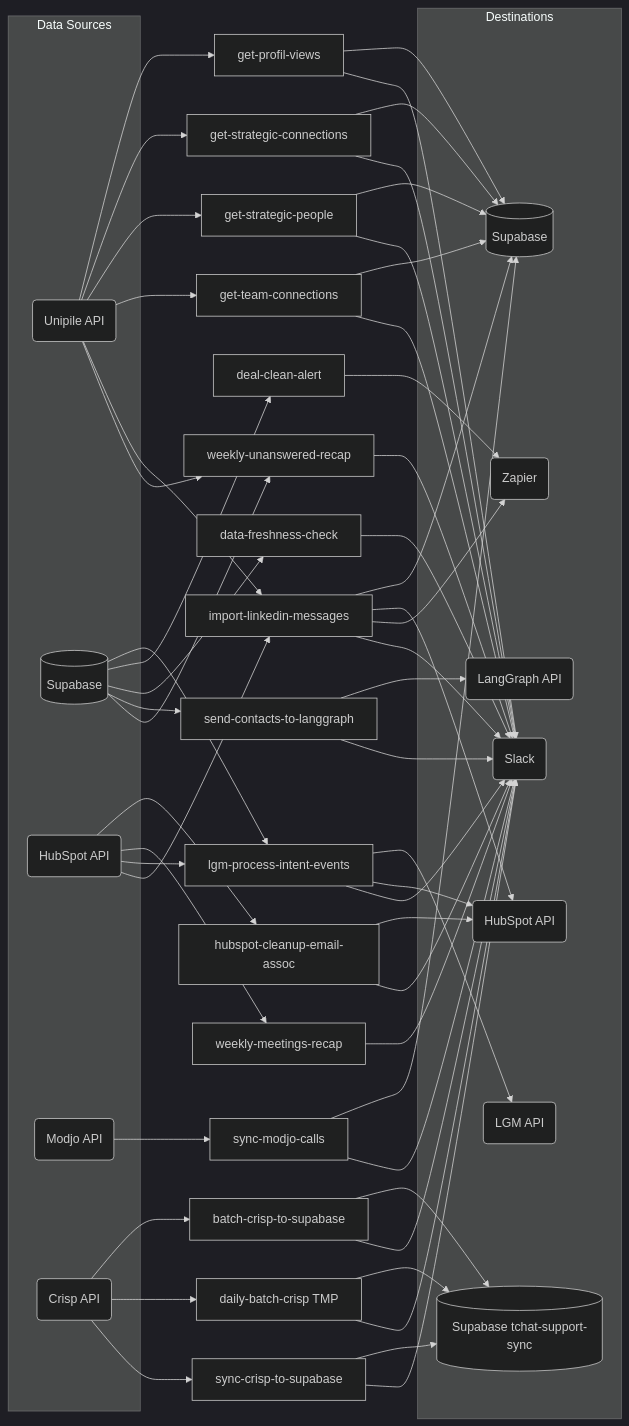
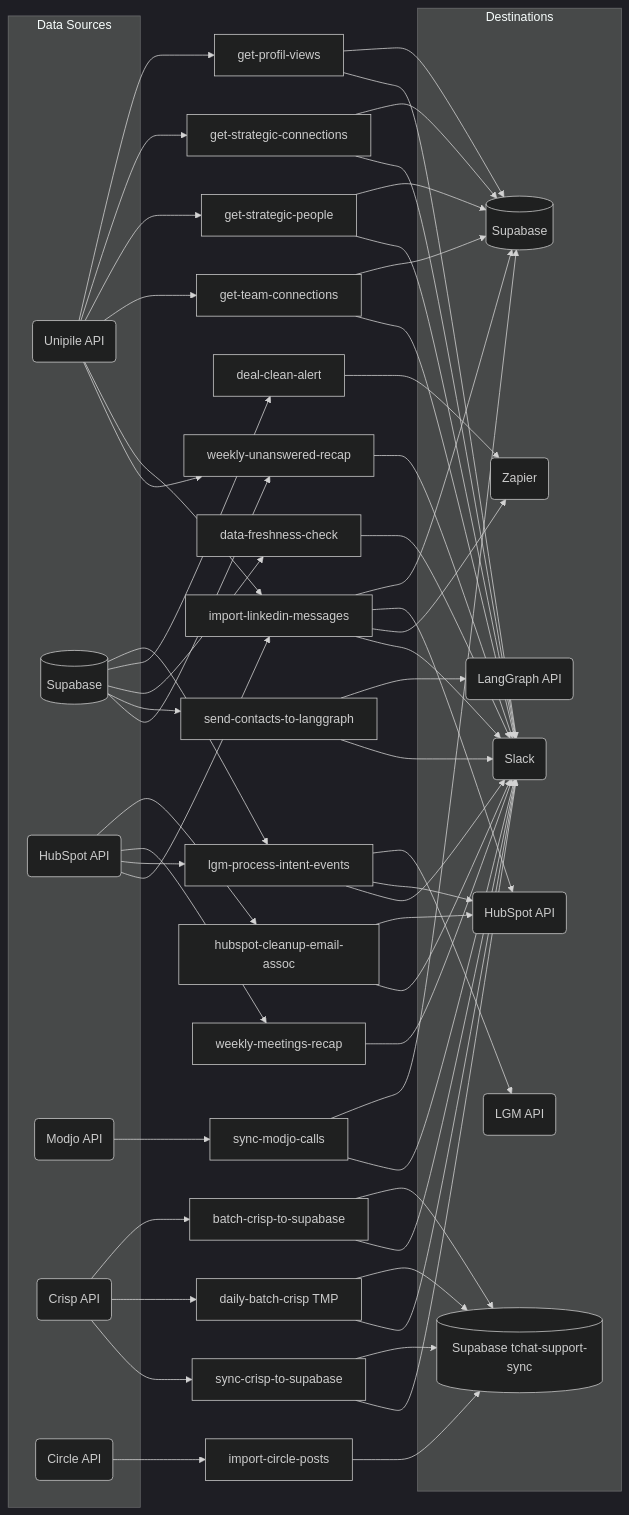
Before and after one commit to AirSaas/linkedin-scrapp: the first of 19 diagrams in CLAUDE.md, drawn with Mermaid (dark theme). The commit also changed other lines of this file and 2 other files, not shown here.

First line of the commit message:
Add Circle posts + comments import task (weekly cron)

````diff
--- a/CLAUDE.md
+++ b/CLAUDE.md
@@ -51,45 +53,48 @@
 ```mermaid
 flowchart LR
     subgraph src ["Data Sources"]
         UN(Unipile API)
         SB[(Supabase)]
         HS_I(HubSpot API)
         MJ(Modjo API)
         CR(Crisp API)
+        CI(Circle API)
     end
 
     subgraph dst ["Destinations"]
         LGM_O(LGM API)
         HS_O(HubSpot API)
         SB_O[(Supabase)]
         SB_CR[(Supabase tchat-support-sync)]
         SL(Slack)
         ZP(Zapier)
         LG(LangGraph API)
     end
 
     UN --> GPV[get-profil-views] & GSC[get-strategic-connections] & GSP[get-strategic-people] & GTC[get-team-connections] & ILM[import-linkedin-messages]
     SB --> LPI[lgm-process-intent-events] & DCA[deal-clean-alert] & DFC[data-freshness-check] & SCL[send-contacts-to-langgraph]
     HS_I --> HCE[hubspot-cleanup-email-assoc] & WMR[weekly-meetings-recap] & LPI & ILM
     MJ --> SMC[sync-modjo-calls]
     CR --> BCS[batch-crisp-to-supabase] & DBCS[daily-batch-crisp TMP] & SCS[sync-crisp-to-supabase]
     SB --> WUR[weekly-unanswered-recap]
     UN --> WUR
 
     GPV --> SB_O & SL
     GSC --> SB_O & SL
     GSP --> SB_O & SL
     GTC --> SB_O & SL
     LPI --> LGM_O & HS_O & SL
     HCE --> HS_O & SL
     ILM --> SB_O & HS_O & ZP & SL
     WMR --> SL
     DCA --> ZP
     DFC --> SL
     SMC --> SB_O & SL
     SCL --> LG & SL
     BCS --> SB_CR & SL
     DBCS --> SB_CR & SL
     SCS --> SB_CR & SL
+    CI --> ICP[import-circle-posts]
+    ICP --> SB_CR
     WUR --> SL
 ```
````
